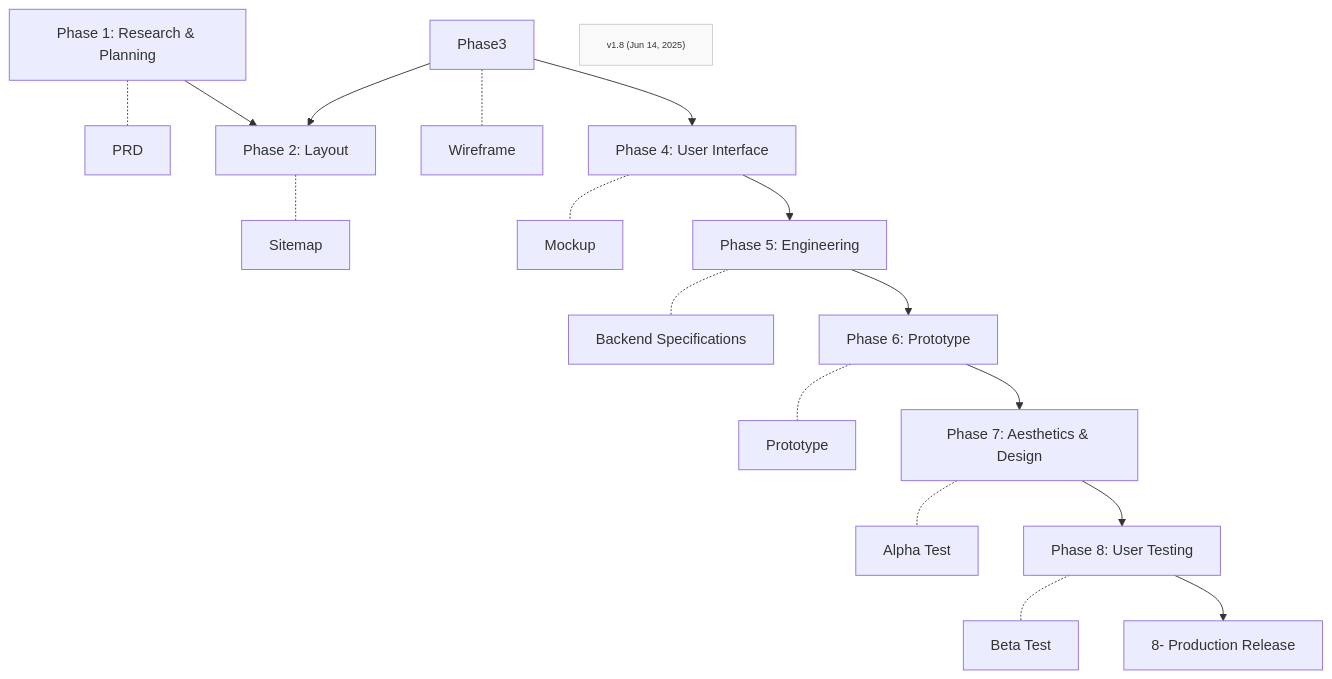
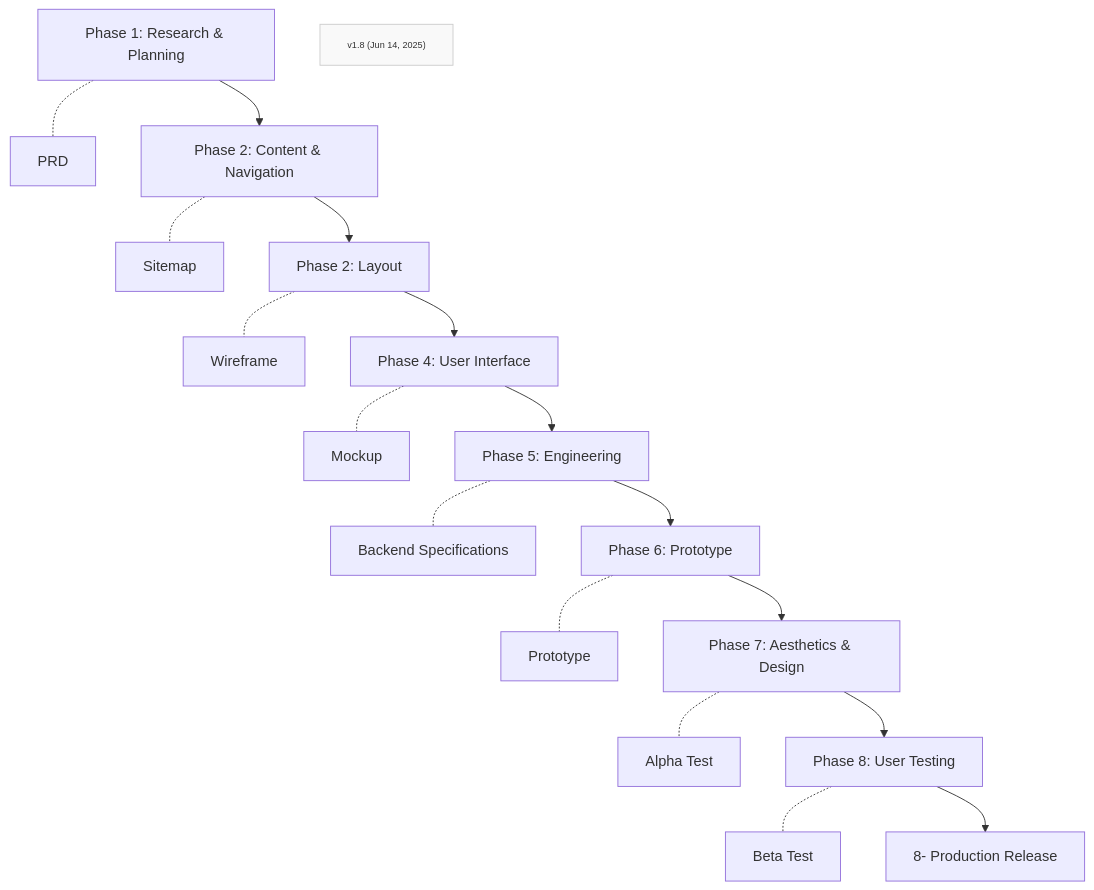
One commit to Mharbulous/Front-First-Method changed the first of 2 diagrams in Phases/FF-overview.md. Above: the diagram before and after it, drawn with Mermaid.

````diff
--- a/Phases/FF-overview.md
+++ b/Phases/FF-overview.md
@@ -1,30 +1,30 @@
 ```mermaid
 graph TD
     
     Phase1["Phase 1: Research & Planning"] -.- PRD["PRD"]
     Phase1 --> Phase2["Phase 2: Content & Navigation"]
     Phase2 -.- Sitemap["Sitemap"]
 
-    Phase3 --> Phase2["Phase 2: Layout"]
+    Phase2 --> Phase3["Phase 2: Layout"]
     Phase3 -.- Wireframe["Wireframe"]
     Phase3 --> Phase4["Phase 4: User Interface"]
     Phase4 -.- Mockup["Mockup"]
     Phase4 --> Phase5["Phase 5: Engineering"]
     Phase5 -.- Specs["Backend Specifications"]
     Phase5 --> Phase6["Phase 6: Prototype"]
     Phase6 -.- Prototype["Prototype"]
     Phase6 --> Phase7["Phase 7: Aesthetics & Design"]    
     
     Phase7 -.- Alpha["Alpha Test"]
 
     Phase7 --> Phase8["Phase 8: User Testing"]    
     Phase8 -.- Beta["Beta Test"]  
     Phase8 --> Production["8- Production Release"]
 
     
     
 
     VersionInfo["v1.8 (Jun 14, 2025)"]
     classDef version fill:#f9f9f9,stroke:#ccc,font-size:10px;
     class VersionInfo version
 ```
````
